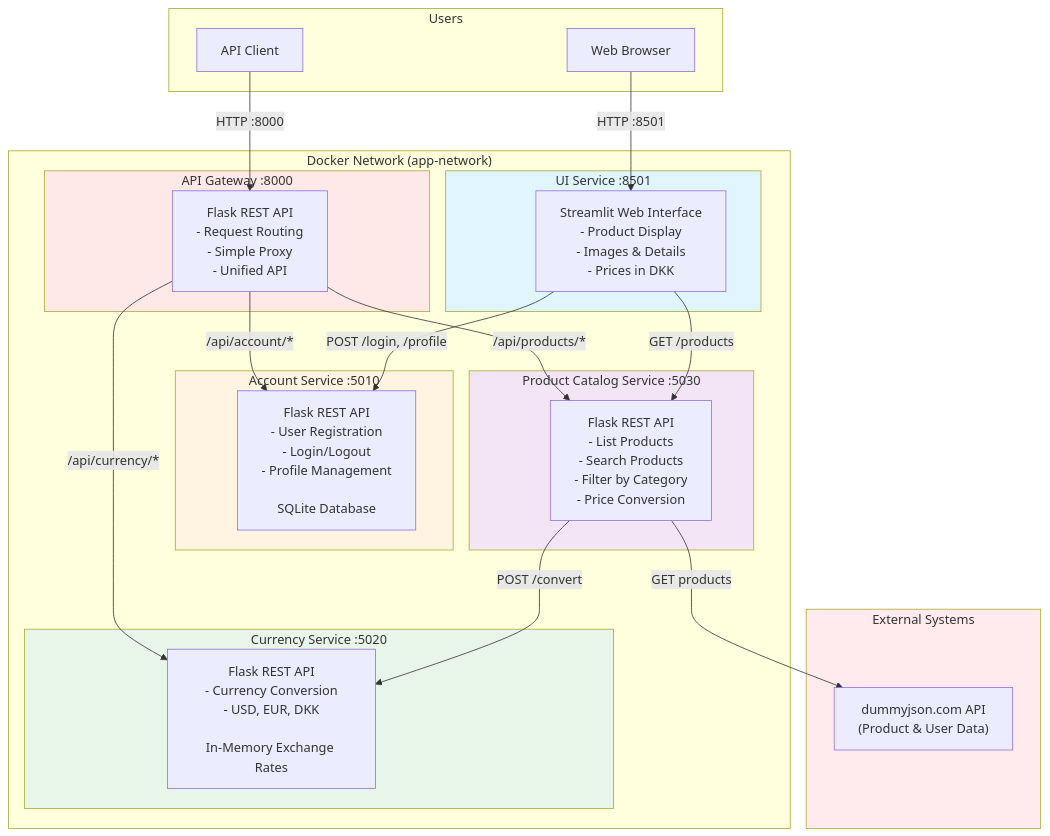
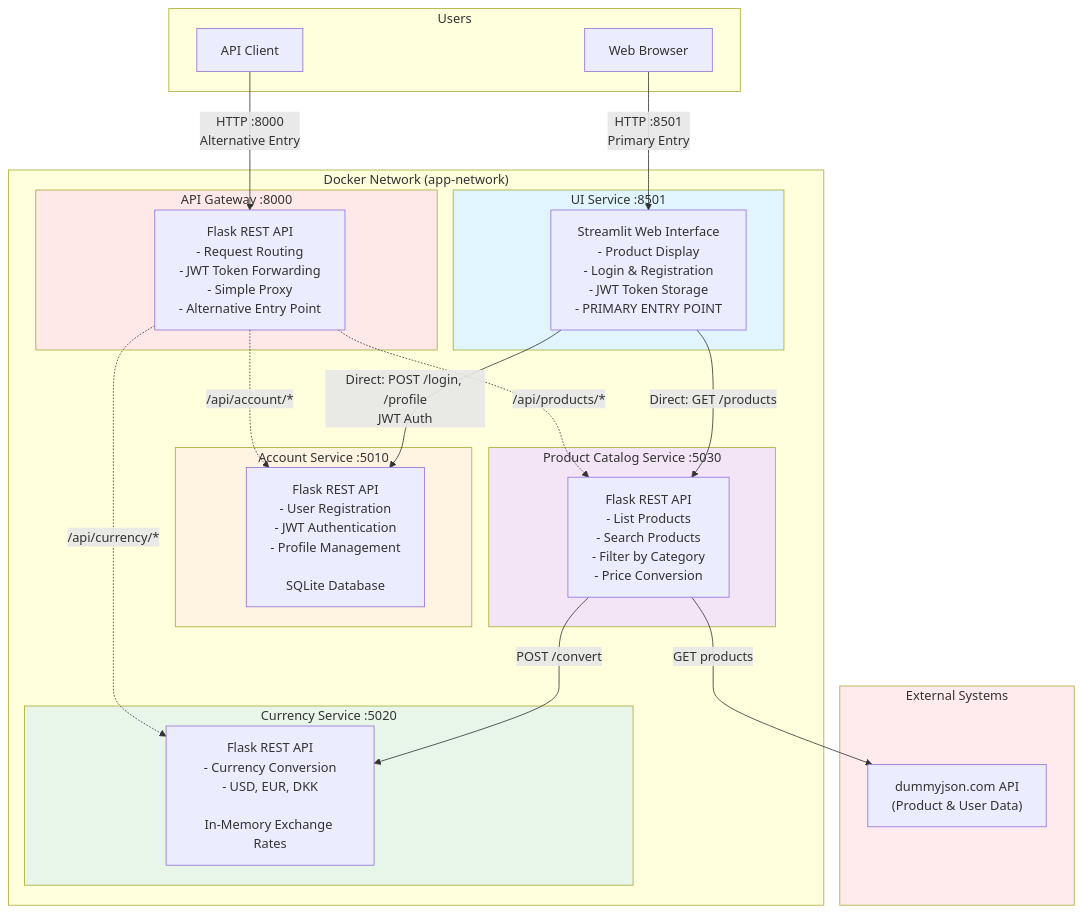
The first of 7 diagrams in documentation/arkitektur.md (ITAKEA/Shopping_Site_Microservices), drawn with Mermaid before and after one commit. The commit also changed other lines of this file and 2 other files, not shown here.

Commit message:
docs: clarify API Gateway role and add JWT token forwarding
**Changes:**
- Position UI Service as primary entry point and API Gateway as alternative
- Document JWT token forwarding capability in Authorization headers
- Add Mermaid architecture diagram showing dual-entry-point design
- Remove health check endpoint documentation
- Update system overview to emphasize two access paths:
  1. UI Service (primary) - direct microservice calls
  2. API Gateway (alternative) - REST API for external clients

**Why:**
Clarifies the architectural intent that API Gateway serves as an
alternative entry point rather than the sole ingress point, while UI
Service handles primary user interactions through direct service calls.
Documents JWT authentication flow between components.

````diff
--- a/documentation/arkitektur.md
+++ b/documentation/arkitektur.md
@@ -16,52 +20,52 @@
 ```mermaid
 graph TB
     subgraph External["External Systems"]
         DummyJSON["dummyjson.com API<br/>(Product & User Data)"]
     end
 
     subgraph Docker["Docker Network (app-network)"]
         subgraph Gateway["API Gateway :8000"]
-            GatewayService["Flask REST API<br/>- Request Routing<br/>- Simple Proxy<br/>- Unified API"]
+            GatewayService["Flask REST API<br/>- Request Routing<br/>- JWT Token Forwarding<br/>- Simple Proxy<br/>- Alternative Entry Point"]
         end
 
         subgraph UI["UI Service :8501"]
-            Streamlit["Streamlit Web Interface<br/>- Product Display<br/>- Images & Details<br/>- Prices in DKK"]
+            Streamlit["Streamlit Web Interface<br/>- Product Display<br/>- Login & Registration<br/>- JWT Token Storage<br/>- PRIMARY ENTRY POINT"]
         end
 
         subgraph Account["Account Service :5010"]
-            AccService["Flask REST API<br/>- User Registration<br/>- Login/Logout<br/>- Profile Management<br/><br/>SQLite Database"]
+            AccService["Flask REST API<br/>- User Registration<br/>- JWT Authentication<br/>- Profile Management<br/><br/>SQLite Database"]
         end
 
         subgraph Currency["Currency Service :5020"]
             CurService["Flask REST API<br/>- Currency Conversion<br/>- USD, EUR, DKK<br/><br/>In-Memory Exchange Rates"]
         end
 
         subgraph Product["Product Catalog Service :5030"]
             ProdService["Flask REST API<br/>- List Products<br/>- Search Products<br/>- Filter by Category<br/>- Price Conversion"]
         end
     end
 
     subgraph Users["Users"]
         Browser["Web Browser"]
         APIClient["API Client"]
     end
 
-    Browser -->|HTTP :8501| Streamlit
-    APIClient -->|HTTP :8000| GatewayService
+    Browser -->|HTTP :8501<br/>Primary Entry| Streamlit
+    APIClient -->|HTTP :8000<br/>Alternative Entry| GatewayService
 
-    GatewayService -->|/api/account/*| AccService
-    GatewayService -->|/api/currency/*| CurService
-    GatewayService -->|/api/products/*| ProdService
+    GatewayService -.->|/api/account/*| AccService
+    GatewayService -.->|/api/currency/*| CurService
+    GatewayService -.->|/api/products/*| ProdService
 
-    Streamlit -->|GET /products| ProdService
-    Streamlit -->|POST /login, /profile| AccService
+    Streamlit -->|Direct: GET /products| ProdService
+    Streamlit -->|Direct: POST /login, /profile<br/>JWT Auth| AccService
     ProdService -->|POST /convert| CurService
     ProdService -->|GET products| DummyJSON
 
     style Gateway fill:#ffe8e8
     style UI fill:#e1f5ff
     style Account fill:#fff4e1
     style Currency fill:#e8f5e9
     style Product fill:#f3e5f5
     style External fill:#ffebee
 ```
````
